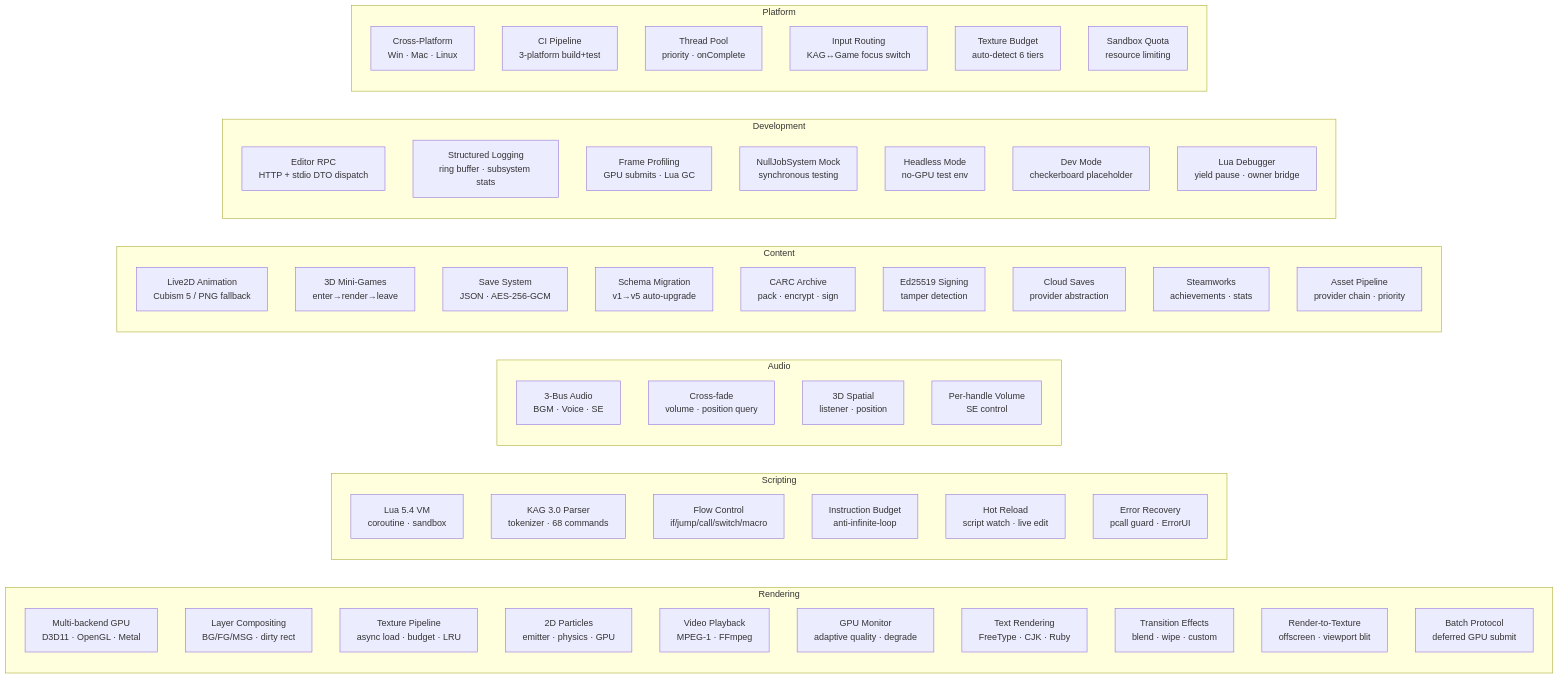
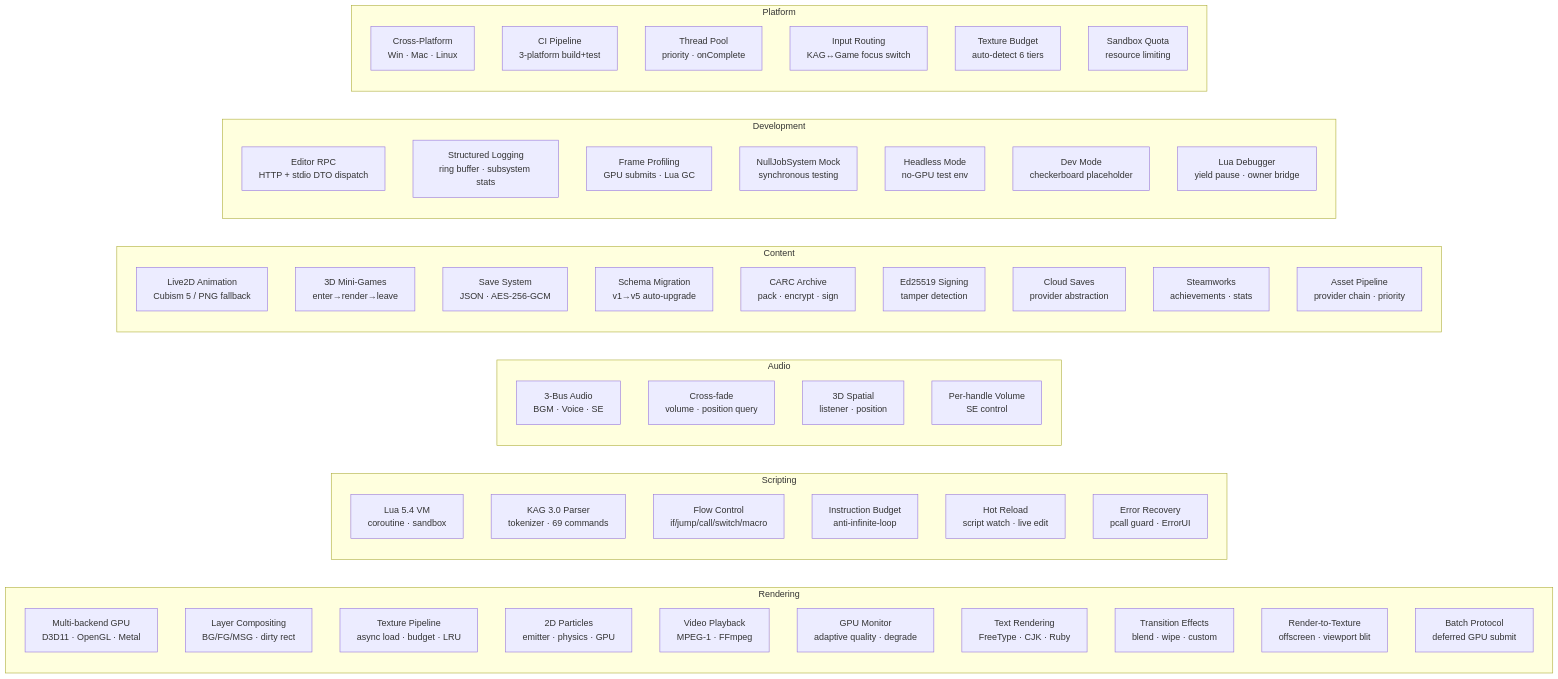
Before and after one commit to ailiasdesu/Caesura-AmeKAG: the diagram in docs/design/engine-capability-matrix.md, drawn with Mermaid. The commit also changed other lines of this file and 1 other file, not shown here.

````diff
--- a/docs/design/engine-capability-matrix.md
+++ b/docs/design/engine-capability-matrix.md
@@ -17,62 +17,62 @@
 ```mermaid
 graph LR
     subgraph "Rendering"
         r1["Multi-backend GPU<br/>D3D11 · OpenGL · Metal"]
         r2["Layer Compositing<br/>BG/FG/MSG · dirty rect"]
         r3["Texture Pipeline<br/>async load · budget · LRU"]
         r4["2D Particles<br/>emitter · physics · GPU"]
         r5["Video Playback<br/>MPEG-1 · FFmpeg"]
         r6["GPU Monitor<br/>adaptive quality · degrade"]
         r7["Text Rendering<br/>FreeType · CJK · Ruby"]
         r8["Transition Effects<br/>blend · wipe · custom"]
         r9["Render-to-Texture<br/>offscreen · viewport blit"]
         r10["Batch Protocol<br/>deferred GPU submit"]
     end
 
     subgraph "Scripting"
         s1["Lua 5.4 VM<br/>coroutine · sandbox"]
-        s2["KAG 3.0 Parser<br/>tokenizer · 68 commands"]
+        s2["KAG 3.0 Parser<br/>tokenizer · 69 commands"]
         s3["Flow Control<br/>if/jump/call/switch/macro"]
         s4["Instruction Budget<br/>anti-infinite-loop"]
         s5["Hot Reload<br/>script watch · live edit"]
         s6["Error Recovery<br/>pcall guard · ErrorUI"]
     end
 
     subgraph "Audio"
         a1["3-Bus Audio<br/>BGM · Voice · SE"]
         a2["Cross-fade<br/>volume · position query"]
         a3["3D Spatial<br/>listener · position"]
         a4["Per-handle Volume<br/>SE control"]
     end
 
     subgraph "Content"
         c1["Live2D Animation<br/>Cubism 5 / PNG fallback"]
         c2["3D Mini-Games<br/>enter→render→leave"]
         c3["Save System<br/>JSON · AES-256-GCM"]
         c4["Schema Migration<br/>v1→v5 auto-upgrade"]
         c5["CARC Archive<br/>pack · encrypt · sign"]
         c6["Ed25519 Signing<br/>tamper detection"]
         c7["Cloud Saves<br/>provider abstraction"]
         c8["Steamworks<br/>achievements · stats"]
         c9["Asset Pipeline<br/>provider chain · priority"]
     end
 
     subgraph "Development"
         d1["Editor RPC<br/>HTTP + stdio DTO dispatch"]
         d2["Structured Logging<br/>ring buffer · subsystem stats"]
         d3["Frame Profiling<br/>GPU submits · Lua GC"]
         d4["NullJobSystem Mock<br/>synchronous testing"]
         d5["Headless Mode<br/>no-GPU test env"]
         d6["Dev Mode<br/>checkerboard placeholder"]
         d7["Lua Debugger<br/>yield pause · owner bridge"]
     end
 
     subgraph "Platform"
         p1["Cross-Platform<br/>Win · Mac · Linux"]
         p2["CI Pipeline<br/>3-platform build+test"]
         p3["Thread Pool<br/>priority · onComplete"]
         p4["Input Routing<br/>KAG↔Game focus switch"]
         p5["Texture Budget<br/>auto-detect 6 tiers"]
         p6["Sandbox Quota<br/>resource limiting"]
     end
 ```
````
